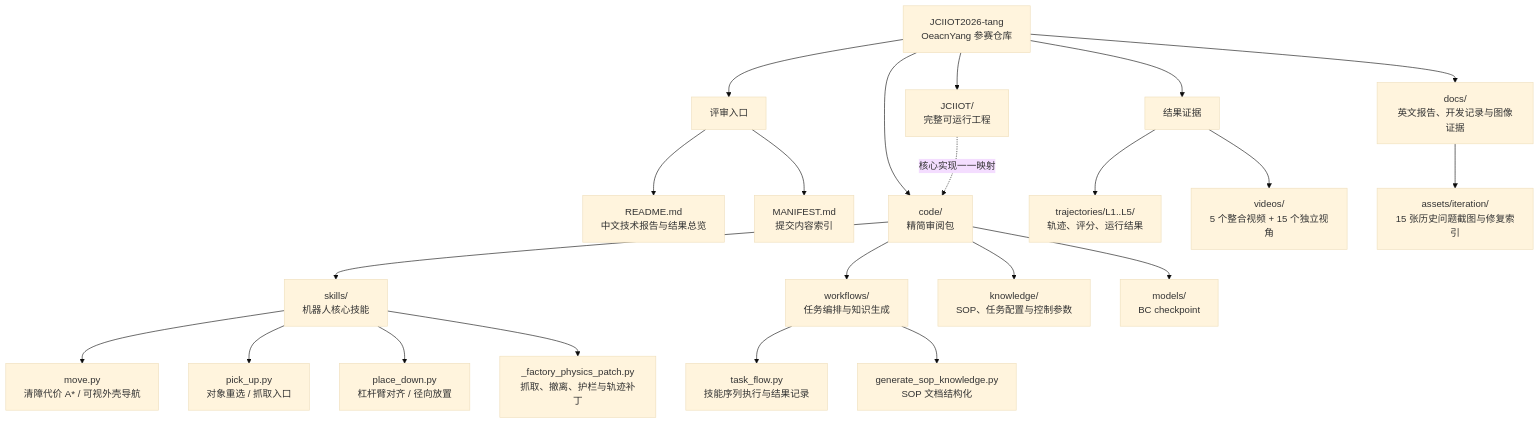
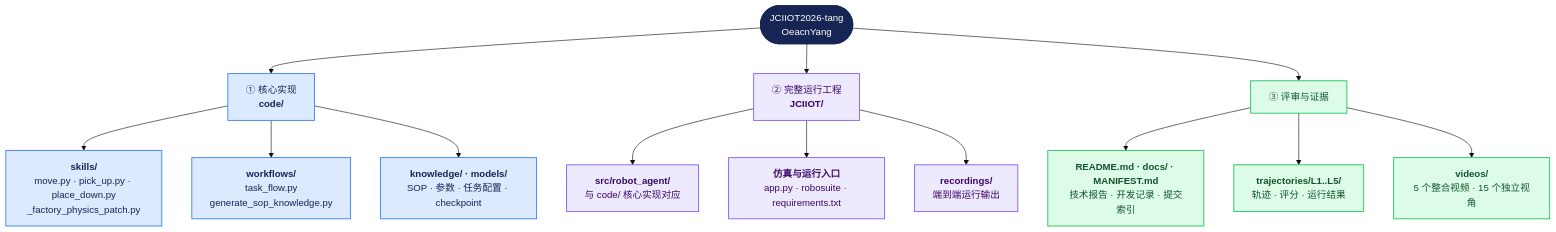
Before and after one commit to yangwinnietang/JCIIOT2026-tang: the third of 3 diagrams in README.md, drawn with Mermaid (base theme).

Commit message:
docs: clarify project structure diagram

````diff
--- a/README.md
+++ b/README.md
@@ -266,32 +266,29 @@
 ```mermaid
 flowchart TB
-    ROOT["JCIIOT2026-tang<br/>OeacnYang 参赛仓库"]
+    ROOT(["JCIIOT2026-tang<br/>OeacnYang"])
 
-    ROOT --> ENTRY["评审入口"]
-    ENTRY --> README["README.md<br/>中文技术报告与结果总览"]
-    ENTRY --> MANIFEST["MANIFEST.md<br/>提交内容索引"]
+    ROOT --> CODE["① 核心实现<br/><b>code/</b>"]
+    ROOT --> RUN["② 完整运行工程<br/><b>JCIIOT/</b>"]
+    ROOT --> REVIEW["③ 评审与证据"]
 
-    ROOT --> COMPACT["code/<br/>精简审阅包"]
-    COMPACT --> SKILLS["skills/<br/>机器人核心技能"]
-    COMPACT --> FLOWS["workflows/<br/>任务编排与知识生成"]
-    COMPACT --> KNOWLEDGE["knowledge/<br/>SOP、任务配置与控制参数"]
-    COMPACT --> MODELS["models/<br/>BC checkpoint"]
+    CODE --> SKILLS["<b>skills/</b><br/>move.py · pick_up.py · place_down.py<br/>_factory_physics_patch.py"]
+    CODE --> WORKFLOWS["<b>workflows/</b><br/>task_flow.py<br/>generate_sop_knowledge.py"]
+    CODE --> KNOWLEDGE["<b>knowledge/ · models/</b><br/>SOP · 参数 · 任务配置 · checkpoint"]
 
-    SKILLS --> MOVE["move.py<br/>清障代价 A* / 可视外壳导航"]
-    SKILLS --> PICK["pick_up.py<br/>对象重选 / 抓取入口"]
-    SKILLS --> PLACE["place_down.py<br/>杠杆臂对齐 / 径向放置"]
-    SKILLS --> PATCH["_factory_physics_patch.py<br/>抓取、撤离、护栏与轨迹补丁"]
+    RUN --> AGENT["<b>src/robot_agent/</b><br/>与 code/ 核心实现对应"]
+    RUN --> SIM["<b>仿真与运行入口</b><br/>app.py · robosuite · requirements.txt"]
+    RUN --> RECORDINGS["<b>recordings/</b><br/>端到端运行输出"]
 
-    FLOWS --> TASKFLOW["task_flow.py<br/>技能序列执行与结果记录"]
-    FLOWS --> SOPGEN["generate_sop_knowledge.py<br/>SOP 文档结构化"]
+    REVIEW --> REPORTS["<b>README.md · docs/ · MANIFEST.md</b><br/>技术报告 · 开发记录 · 提交索引"]
+    REVIEW --> TRAJ["<b>trajectories/L1..L5/</b><br/>轨迹 · 评分 · 运行结果"]
+    REVIEW --> VIDEOS["<b>videos/</b><br/>5 个整合视频 · 15 个独立视角"]
 
-    ROOT --> FULL["JCIIOT/<br/>完整可运行工程"]
-    FULL -. "核心实现一一映射" .-> COMPACT
-
-    ROOT --> EVIDENCE["结果证据"]
-    EVIDENCE --> TRAJ["trajectories/L1..L5/<br/>轨迹、评分、运行结果"]
-    EVIDENCE --> VIDEOS["videos/<br/>5 个整合视频 + 15 个独立视角"]
-
-    ROOT --> DOCS["docs/<br/>英文报告、开发记录与图像证据"]
-    DOCS --> ITERATION["assets/iteration/<br/>15 张历史问题截图与修复索引"]
+    classDef root fill:#172554,color:#ffffff,stroke:#172554,stroke-width:2px;
+    classDef code fill:#dbeafe,color:#172554,stroke:#3b82f6,stroke-width:1.5px;
+    classDef run fill:#ede9fe,color:#3b0764,stroke:#8b5cf6,stroke-width:1.5px;
+    classDef review fill:#dcfce7,color:#14532d,stroke:#22c55e,stroke-width:1.5px;
+    class ROOT root;
+    class CODE,SKILLS,WORKFLOWS,KNOWLEDGE code;
+    class RUN,AGENT,SIM,RECORDINGS run;
+    class REVIEW,REPORTS,TRAJ,VIDEOS review;
 ```
````
